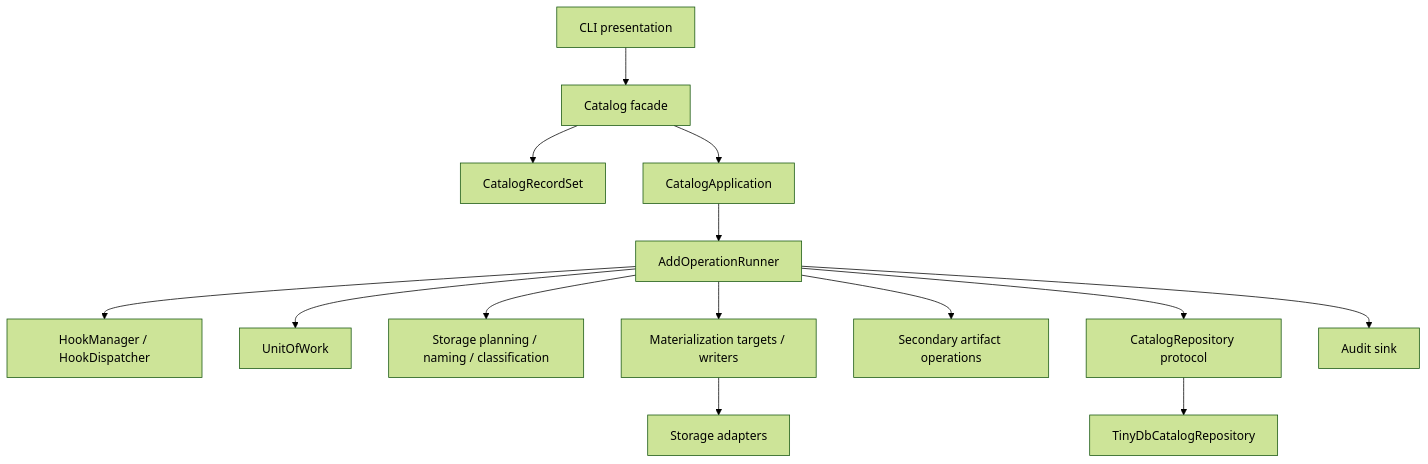
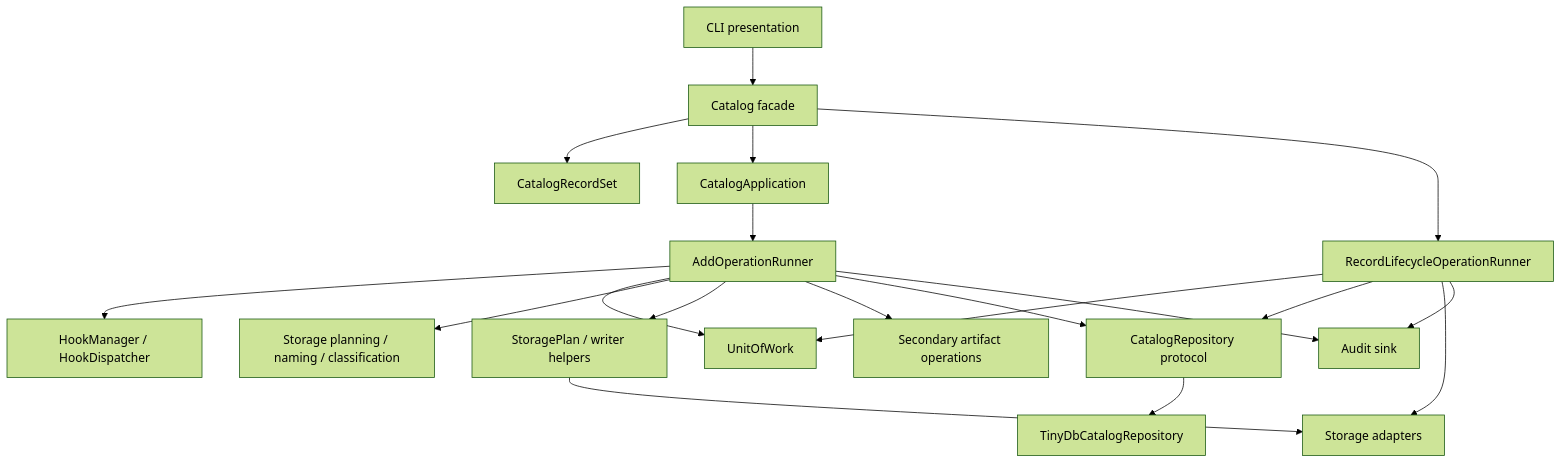
Before and after one commit to openghg/ogcat: the first of 3 diagrams in docs/current-architecture-report.md, drawn with Mermaid (forest theme). The commit also changed other lines of this file and 13 other files, not shown here.

````diff
--- a/docs/current-architecture-report.md
+++ b/docs/current-architecture-report.md
@@ -15,31 +16,37 @@
 ```mermaid
 flowchart TD
   CLI["CLI presentation"]
   Catalog["Catalog facade"]
   RecordSet["CatalogRecordSet"]
   App["CatalogApplication"]
-  Runner["AddOperationRunner"]
+  AddRunner["AddOperationRunner"]
+  LifecycleRunner["RecordLifecycleOperationRunner"]
   Hooks["HookManager / HookDispatcher"]
   UOW["UnitOfWork"]
   Planning["Storage planning / naming / classification"]
-  Materialization["Materialization targets / writers"]
+  Materialization["StoragePlan / writer helpers"]
   Secondaries["Secondary artifact operations"]
   Repository["CatalogRepository protocol"]
   TinyDB["TinyDbCatalogRepository"]
   Storage["Storage adapters"]
   Audit["Audit sink"]
 
   CLI --> Catalog
   Catalog --> RecordSet
   Catalog --> App
-  App --> Runner
-  Runner --> Hooks
-  Runner --> UOW
-  Runner --> Planning
-  Runner --> Materialization
-  Runner --> Secondaries
-  Runner --> Repository
-  Runner --> Audit
+  Catalog --> LifecycleRunner
+  App --> AddRunner
+  AddRunner --> Hooks
+  AddRunner --> UOW
+  AddRunner --> Planning
+  AddRunner --> Materialization
+  AddRunner --> Secondaries
+  AddRunner --> Repository
+  AddRunner --> Audit
+  LifecycleRunner --> UOW
+  LifecycleRunner --> Repository
+  LifecycleRunner --> Storage
+  LifecycleRunner --> Audit
   Materialization --> Storage
   Repository --> TinyDB
 ```
````
